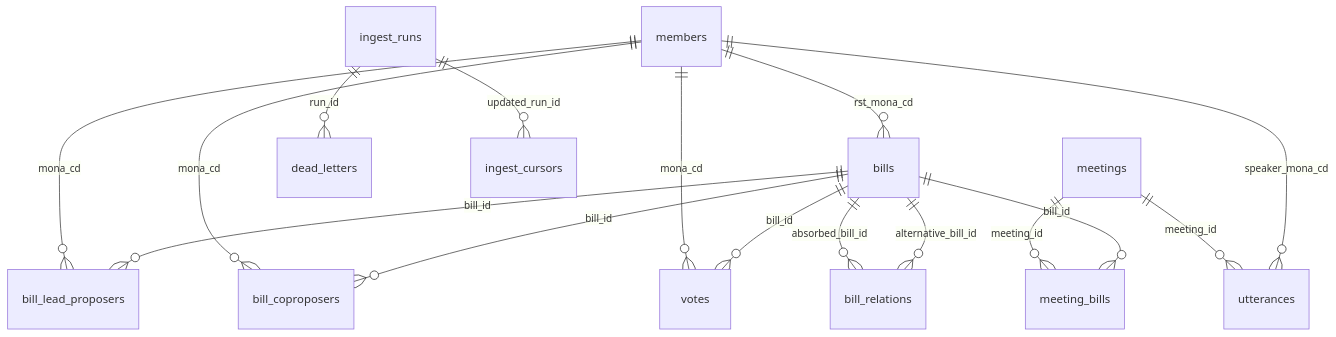
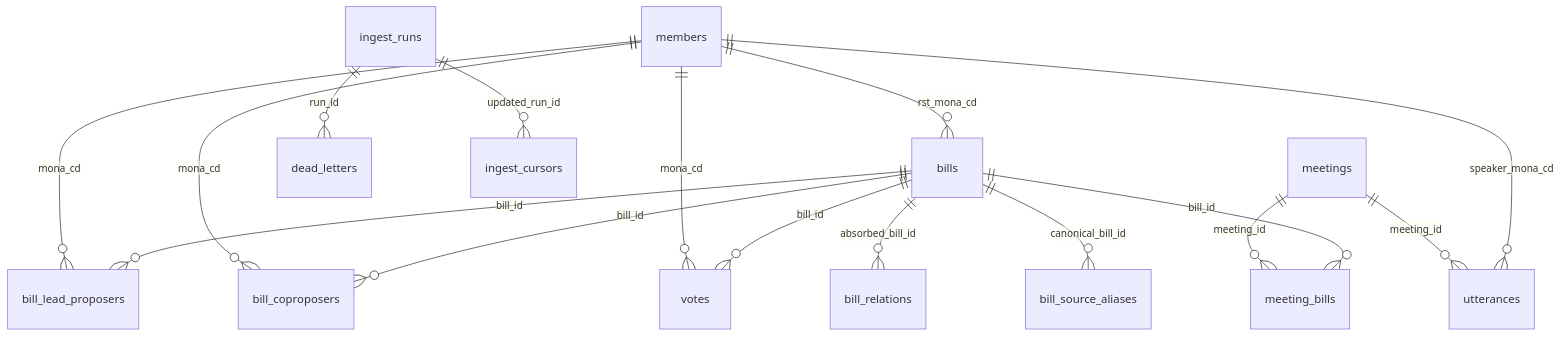
One commit to tjdwls101010/Congress-DB changed the diagram in docs/design/ERD.md. Above: the diagram before and after it, drawn with Mermaid. The commit also changed other lines of this file and 8 other files, not shown here.

First line of the commit message:
Resolve cross-source BILL_ID via bill_source_aliases (#82)

````diff
--- a/docs/design/ERD.md
+++ b/docs/design/ERD.md
@@ -7,18 +7,18 @@
 ```mermaid
 erDiagram
     members ||--o{ bills : "rst_mona_cd"
     members ||--o{ bill_lead_proposers : "mona_cd"
     bills ||--o{ bill_lead_proposers : "bill_id"
     members ||--o{ bill_coproposers : "mona_cd"
     bills ||--o{ bill_coproposers : "bill_id"
     members ||--o{ votes : "mona_cd"
     bills ||--o{ votes : "bill_id"
     bills ||--o{ bill_relations : "absorbed_bill_id"
-    bills ||--o{ bill_relations : "alternative_bill_id"
+    bills ||--o{ bill_source_aliases : "canonical_bill_id"
     meetings ||--o{ utterances : "meeting_id"
     meetings ||--o{ meeting_bills : "meeting_id"
     bills ||--o{ meeting_bills : "bill_id"
     members ||--o{ utterances : "speaker_mona_cd"
     ingest_runs ||--o{ dead_letters : "run_id"
     ingest_runs ||--o{ ingest_cursors : "updated_run_id"
 ```
````
